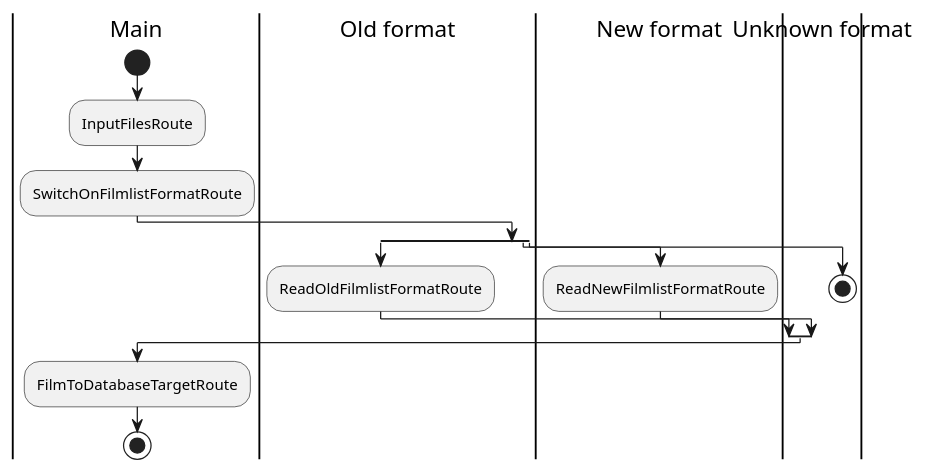
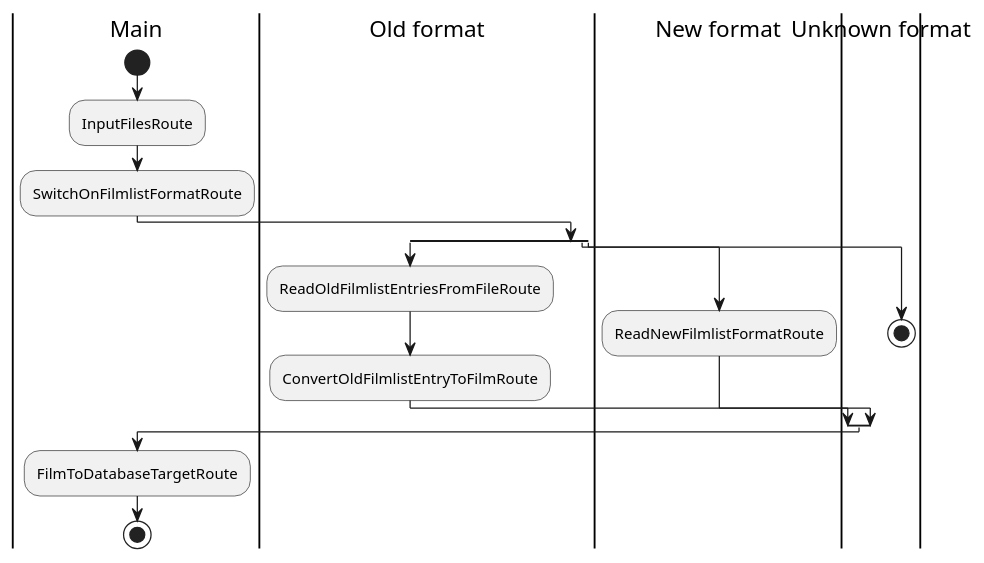
The diagram in docs/architecture/read_data.puml (mediathekview/FilmlistMerger), drawn with PlantUML before and after one commit. The commit also changed 21 other files, not shown here.

Commit message:
Add new route to read old filmlist entries as messages directly

```diff
--- a/docs/architecture/read_data.puml
+++ b/docs/architecture/read_data.puml
@@ -1,21 +1,22 @@
 @startuml
 'https://plantuml.com/activity-diagram-beta
 skinparam conditionStyle diamond
 |Main|
 start
 :InputFilesRoute;
 :SwitchOnFilmlistFormatRoute;
 split
     |Old format|
-    :ReadOldFilmlistFormatRoute;
+    :ReadOldFilmlistEntriesFromFileRoute;
+    :ConvertOldFilmlistEntryToFilmRoute;
 split again
     |New format|
     :ReadNewFilmlistFormatRoute;
 split again
     |Unknown format|
     stop
 end split
 |Main|
 :FilmToDatabaseTargetRoute;
 stop
 @enduml
```
